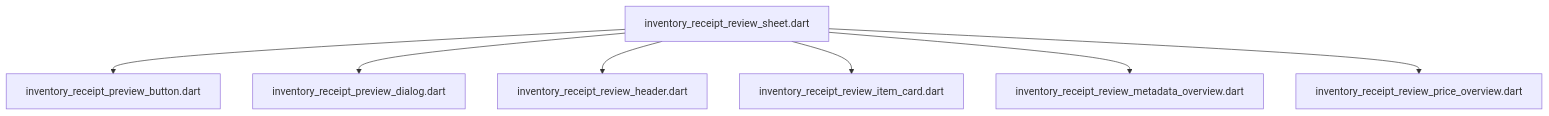
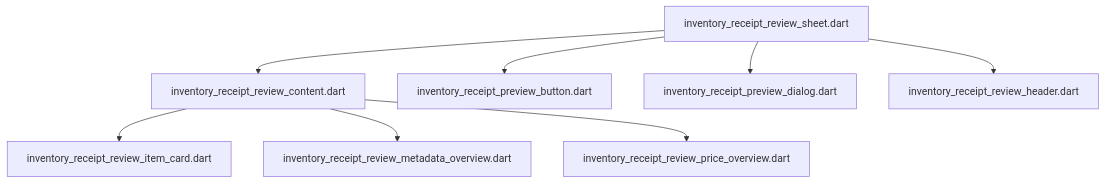
The diagram in lib/features/scanner/presentation/widgets/DEPS.md (repinw/yamt), drawn with Mermaid before and after one commit. The commit also changed 100 other files, not shown here.

````diff
--- a/lib/features/scanner/presentation/widgets/DEPS.md
+++ b/lib/features/scanner/presentation/widgets/DEPS.md
@@ -6,9 +6,10 @@
 ```mermaid
 flowchart TD;
+inventory_receipt_review_content.dart-->inventory_receipt_review_item_card.dart;
+inventory_receipt_review_content.dart-->inventory_receipt_review_metadata_overview.dart;
+inventory_receipt_review_content.dart-->inventory_receipt_review_price_overview.dart;
 inventory_receipt_review_sheet.dart-->inventory_receipt_preview_button.dart;
 inventory_receipt_review_sheet.dart-->inventory_receipt_preview_dialog.dart;
+inventory_receipt_review_sheet.dart-->inventory_receipt_review_content.dart;
 inventory_receipt_review_sheet.dart-->inventory_receipt_review_header.dart;
-inventory_receipt_review_sheet.dart-->inventory_receipt_review_item_card.dart;
-inventory_receipt_review_sheet.dart-->inventory_receipt_review_metadata_overview.dart;
-inventory_receipt_review_sheet.dart-->inventory_receipt_review_price_overview.dart;
 ```
````
